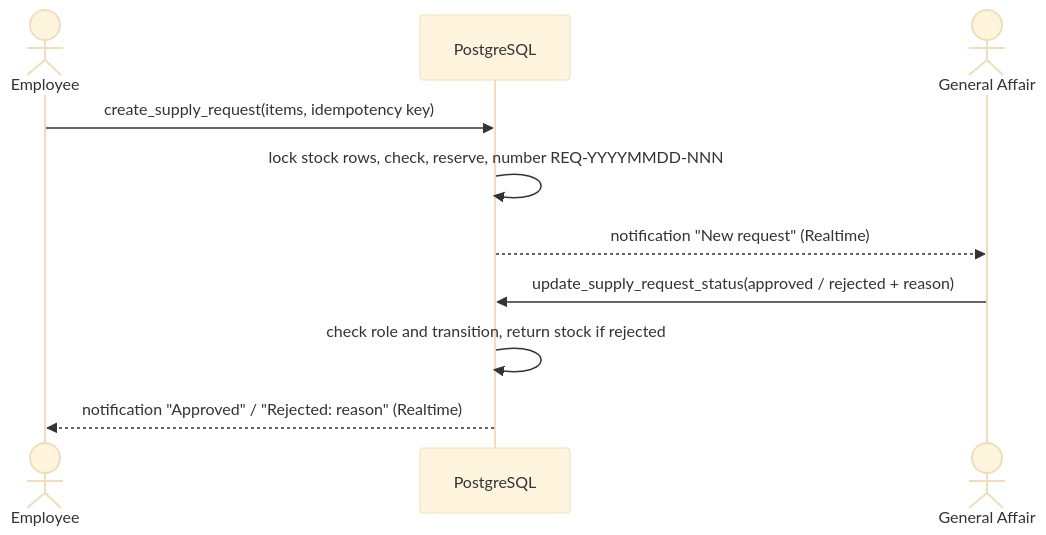
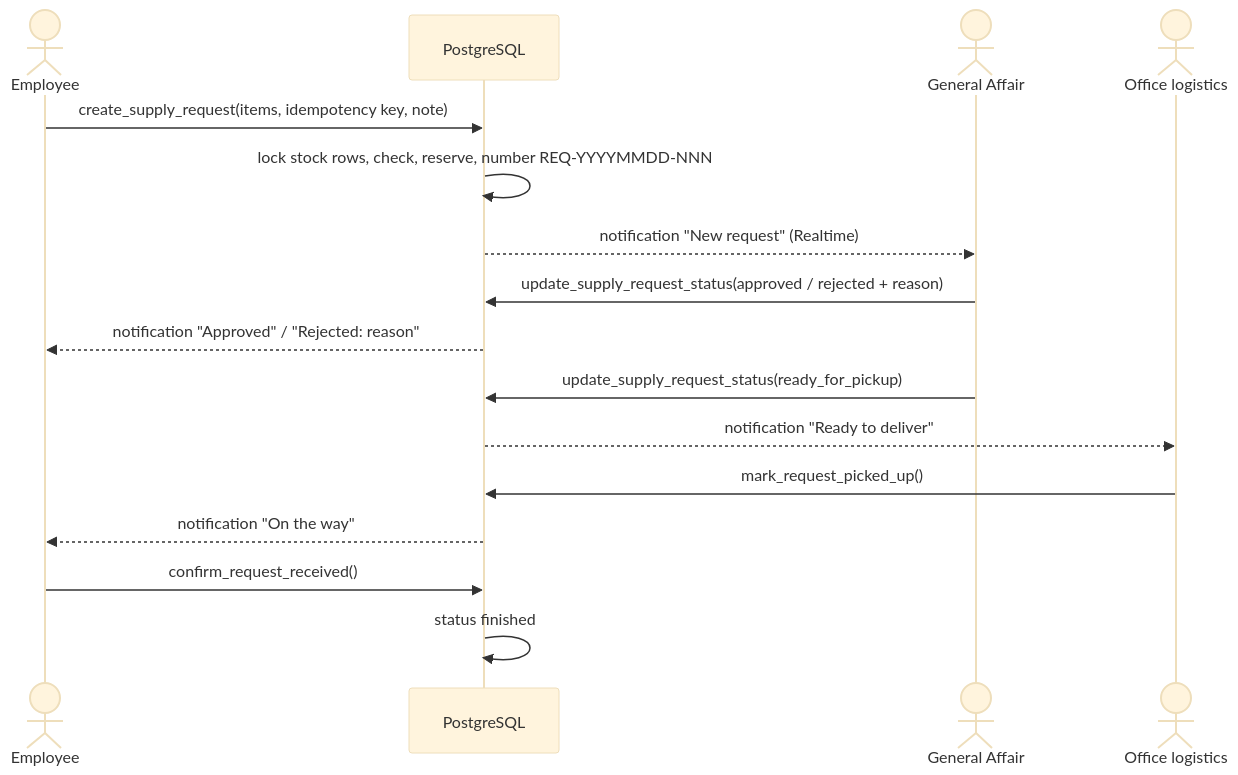
One commit to calliexal/Office-Supplies changed the second of 2 diagrams in README.md. Above: the diagram before and after it, drawn with Mermaid (base theme). The commit also changed other lines of this file and 25 other files, not shown here.

````diff
--- a/README.md
+++ b/README.md
@@ -51,12 +58,18 @@
 ```mermaid
 sequenceDiagram
   actor E as Employee
   participant DB as PostgreSQL
   actor GA as General Affair
-  E->>DB: create_supply_request(items, idempotency key)
+  actor L as Office logistics
+  E->>DB: create_supply_request(items, idempotency key, note)
   DB->>DB: lock stock rows, check, reserve, number REQ-YYYYMMDD-NNN
   DB-->>GA: notification "New request" (Realtime)
   GA->>DB: update_supply_request_status(approved / rejected + reason)
-  DB->>DB: check role and transition, return stock if rejected
-  DB-->>E: notification "Approved" / "Rejected: reason" (Realtime)
+  DB-->>E: notification "Approved" / "Rejected: reason"
+  GA->>DB: update_supply_request_status(ready_for_pickup)
+  DB-->>L: notification "Ready to deliver"
+  L->>DB: mark_request_picked_up()
+  DB-->>E: notification "On the way"
+  E->>DB: confirm_request_received()
+  DB->>DB: status finished
 ```
````
